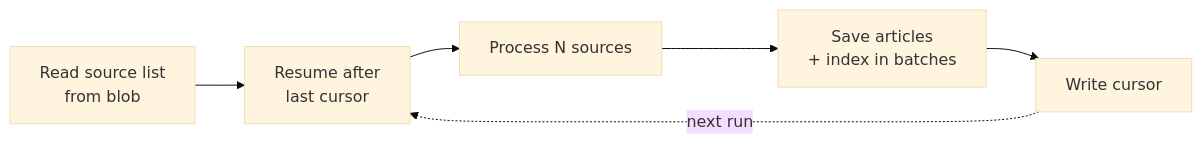
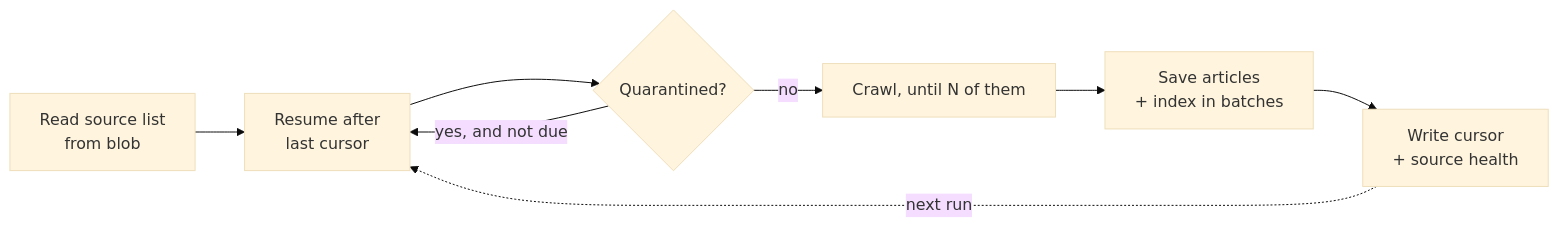
One commit to GitPaulo/blogme changed the diagram in docs/discovery-cadence.md. Above: the diagram before and after it, drawn with Mermaid (base theme). The commit also changed other lines of this file and 8 other files, not shown here.

````diff
--- a/docs/discovery-cadence.md
+++ b/docs/discovery-cadence.md
@@ -35,8 +40,10 @@
 ```mermaid
 flowchart LR
     A[Read source list<br/>from blob] --> B[Resume after<br/>last cursor]
-    B --> C[Process N sources]
+    B --> Q{Quarantined?}
+    Q -->|yes, and not due| B
+    Q -->|no| C[Crawl, until N of them]
     C --> D[Save articles<br/>+ index in batches]
-    D --> E[Write cursor]
+    D --> E[Write cursor<br/>+ source health]
     E -.->|next run| B
 ```
````
